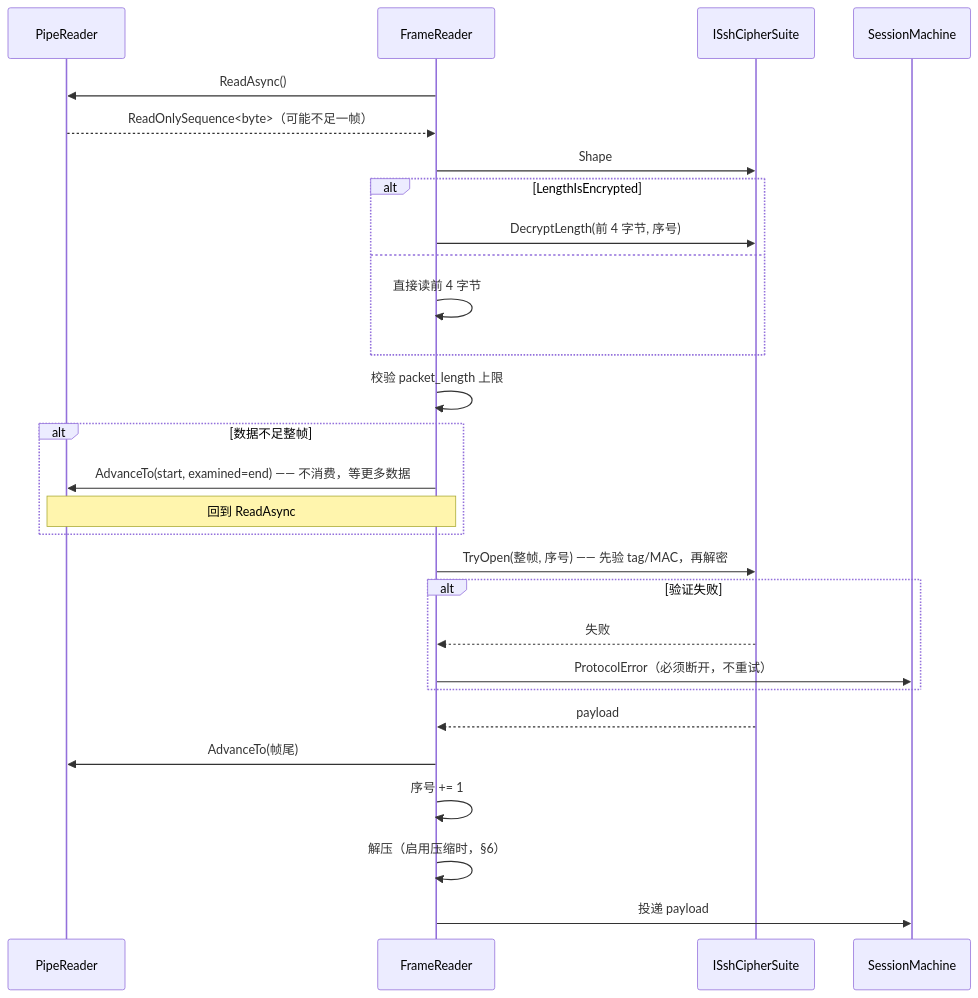
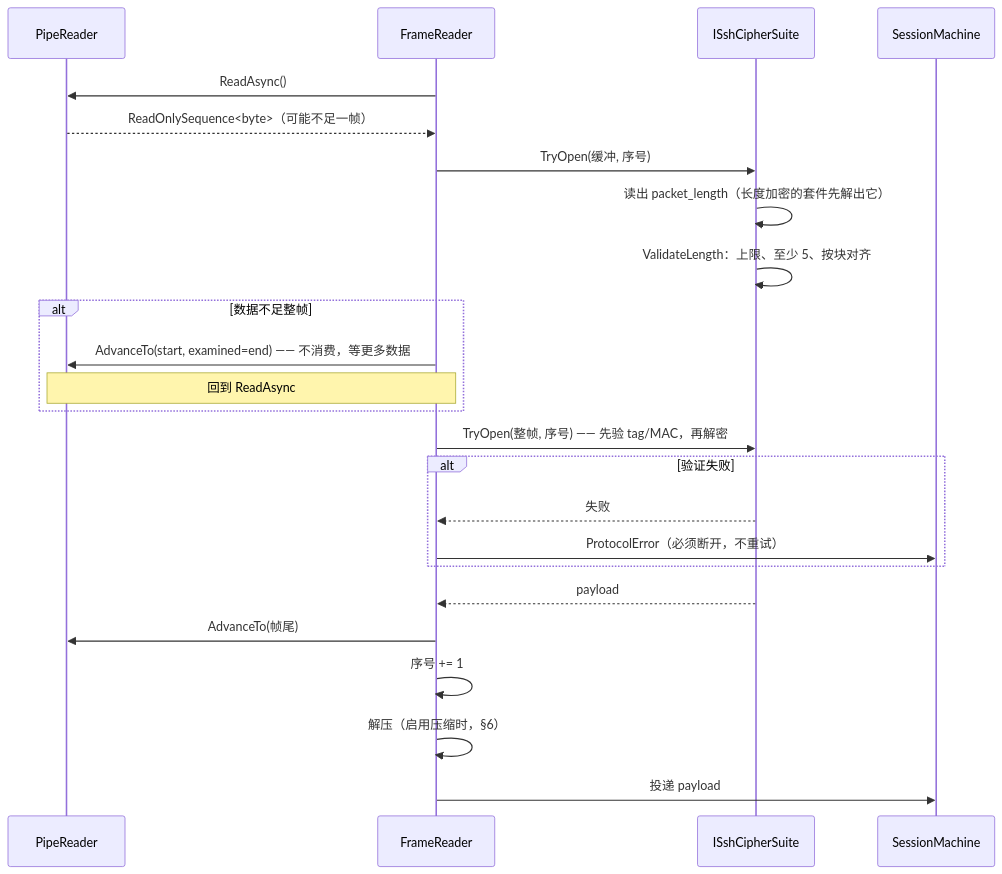
One commit to VelaShellLabs/velashell-docs changed the first of 2 diagrams in zh/ssh/spec/01-transport-framing.md. Above: the diagram before and after it, drawn with Mermaid. The commit also changed other lines of this file and 1 other file, not shown here.

````diff
--- a/zh/ssh/spec/01-transport-framing.md
+++ b/zh/ssh/spec/01-transport-framing.md
@@ -180,31 +184,27 @@
 ```mermaid
 sequenceDiagram
     participant P as PipeReader
     participant F as FrameReader
     participant C as ISshCipherSuite
     participant S as SessionMachine
 
     F->>P: ReadAsync()
     P-->>F: ReadOnlySequence<byte>（可能不足一帧）
-    F->>C: Shape
-    alt LengthIsEncrypted
-        F->>C: DecryptLength(前 4 字节, 序号)
-    else
-        F->>F: 直接读前 4 字节
-    end
-    F->>F: 校验 packet_length 上限
+    F->>C: TryOpen(缓冲, 序号)
+    C->>C: 读出 packet_length（长度加密的套件先解出它）
+    C->>C: ValidateLength：上限、至少 5、按块对齐
     alt 数据不足整帧
         F->>P: AdvanceTo(start, examined=end) —— 不消费，等更多数据
         Note over F,P: 回到 ReadAsync
     end
     F->>C: TryOpen(整帧, 序号) —— 先验 tag/MAC，再解密
     alt 验证失败
         C-->>F: 失败
         F->>S: ProtocolError（必须断开，不重试）
     end
     C-->>F: payload
     F->>P: AdvanceTo(帧尾)
     F->>F: 序号 += 1
     F->>F: 解压（启用压缩时，§6）
     F->>S: 投递 payload
 ```
````
